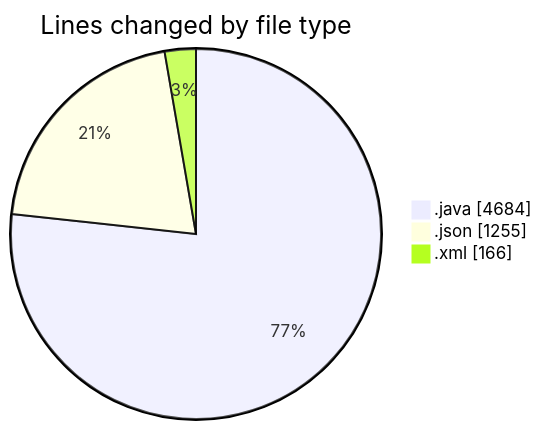
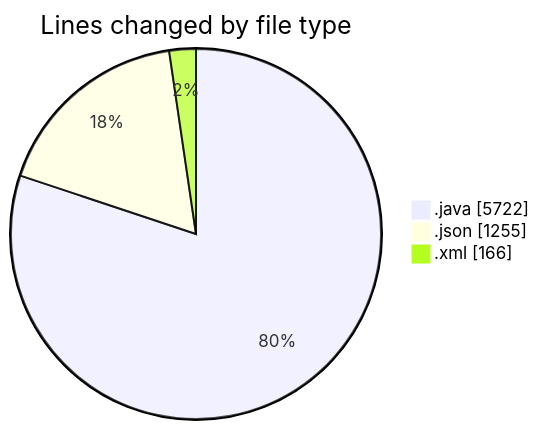
The first of 2 diagrams in 2026-07-08/cilapp/README.md (ricardozamudiocil/code-tracking), drawn with Mermaid before and after one commit. The commit also changed other lines of this file and 1 other file, not shown here.

````diff
--- a/2026-07-08/cilapp/README.md
+++ b/2026-07-08/cilapp/README.md
@@ -25,7 +25,7 @@
 ```mermaid
 pie showData
 title Lines changed by file type
-".java" : 4684
+".java" : 5722
 ".json" : 1255
 ".xml" : 166
 ```
````
